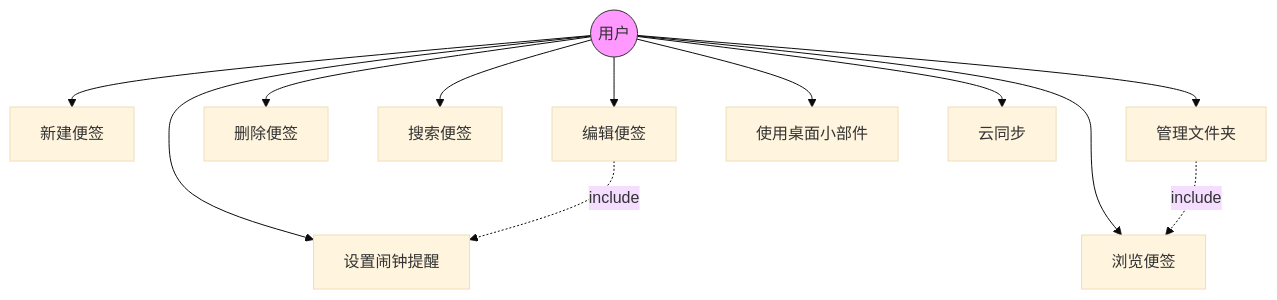
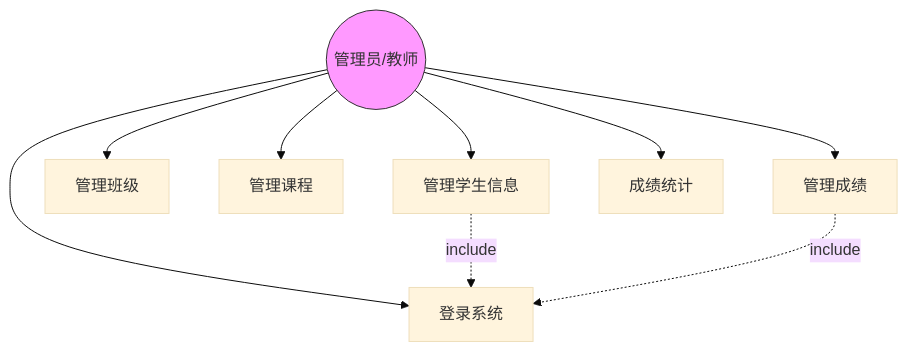
Before and after one commit to otreeevol/project: the first of 4 diagrams in docs/02-软件需求规格说明书.md, drawn with Mermaid (base theme). The commit also changed other lines of this file and 221 other files, not shown here.

````diff
--- a/docs/02-软件需求规格说明书.md
+++ b/docs/02-软件需求规格说明书.md
@@ -104,16 +94,13 @@
 ```mermaid
 graph TD
-    U((用户)):::actor
-    U --> UC1[新建便签]
-    U --> UC2[编辑便签]
-    U --> UC3[删除便签]
-    U --> UC4[浏览便签]
-    U --> UC5[搜索便签]
-    U --> UC6[管理文件夹]
-    U --> UC7[设置闹钟提醒]
-    U --> UC8[使用桌面小部件]
-    U --> UC10[云同步]
-    UC2 -.->|include| UC7
-    UC6 -.->|include| UC4
+    U((管理员/教师)):::actor
+    U --> UC1[登录系统]
+    U --> UC2[管理学生信息]
+    U --> UC3[管理班级]
+    U --> UC4[管理课程]
+    U --> UC5[管理成绩]
+    U --> UC6[成绩统计]
+    UC2 -.->|include| UC1
+    UC5 -.->|include| UC1
     classDef actor fill:#f9f,stroke:#333
 ```
````
